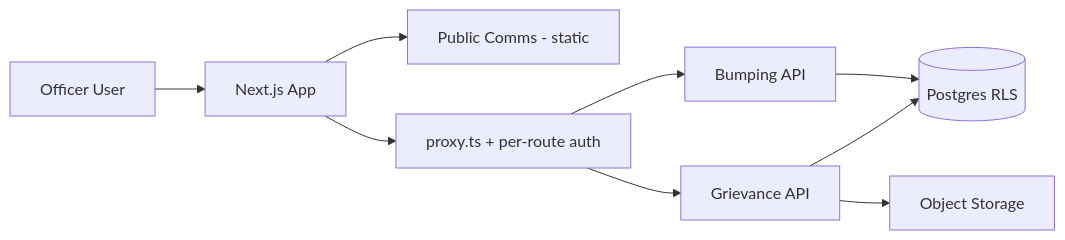
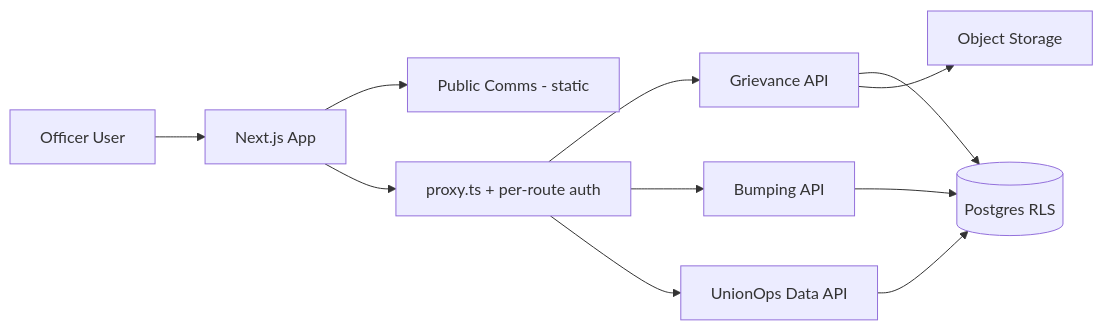
One commit to hackmods/union-communications changed the diagram in docs/ARCHITECTURE.md. Above: the diagram before and after it, drawn with Mermaid. The commit also changed other lines of this file and 52 other files, not shown here.

Commit message:
feat(data): add UnionOps Data import foundation

````diff
--- a/docs/ARCHITECTURE.md
+++ b/docs/ARCHITECTURE.md
@@ -7,11 +7,13 @@
 ```mermaid
 flowchart LR
     User[Officer User] --> NextApp[Next.js App]
     NextApp --> PublicComms[Public Comms - static]
     NextApp --> AuthGate[proxy.ts + per-route auth]
     AuthGate --> GrievanceAPI[Grievance API]
     AuthGate --> BumpingAPI[Bumping API]
+    AuthGate --> DataAPI[UnionOps Data API]
     GrievanceAPI --> Postgres[(Postgres RLS)]
     BumpingAPI --> Postgres
+    DataAPI --> Postgres
     GrievanceAPI --> ObjectStore[Object Storage]
 ```
````
